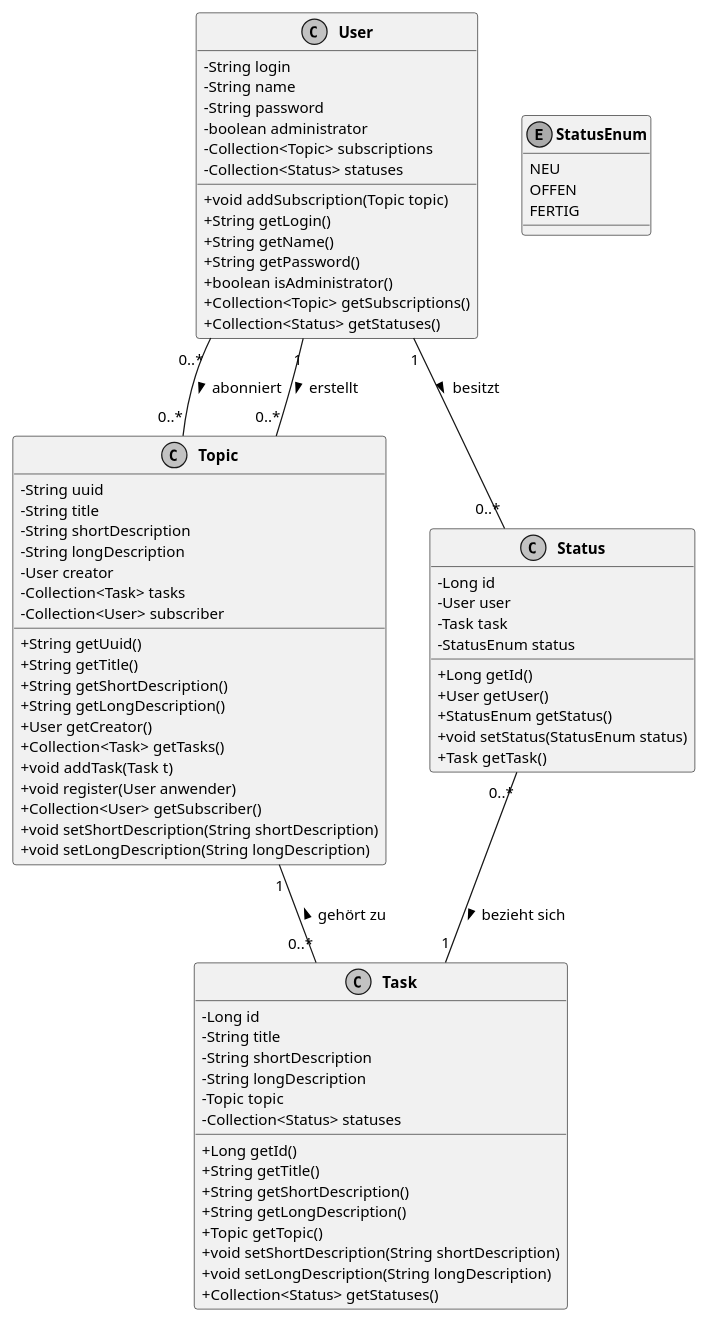
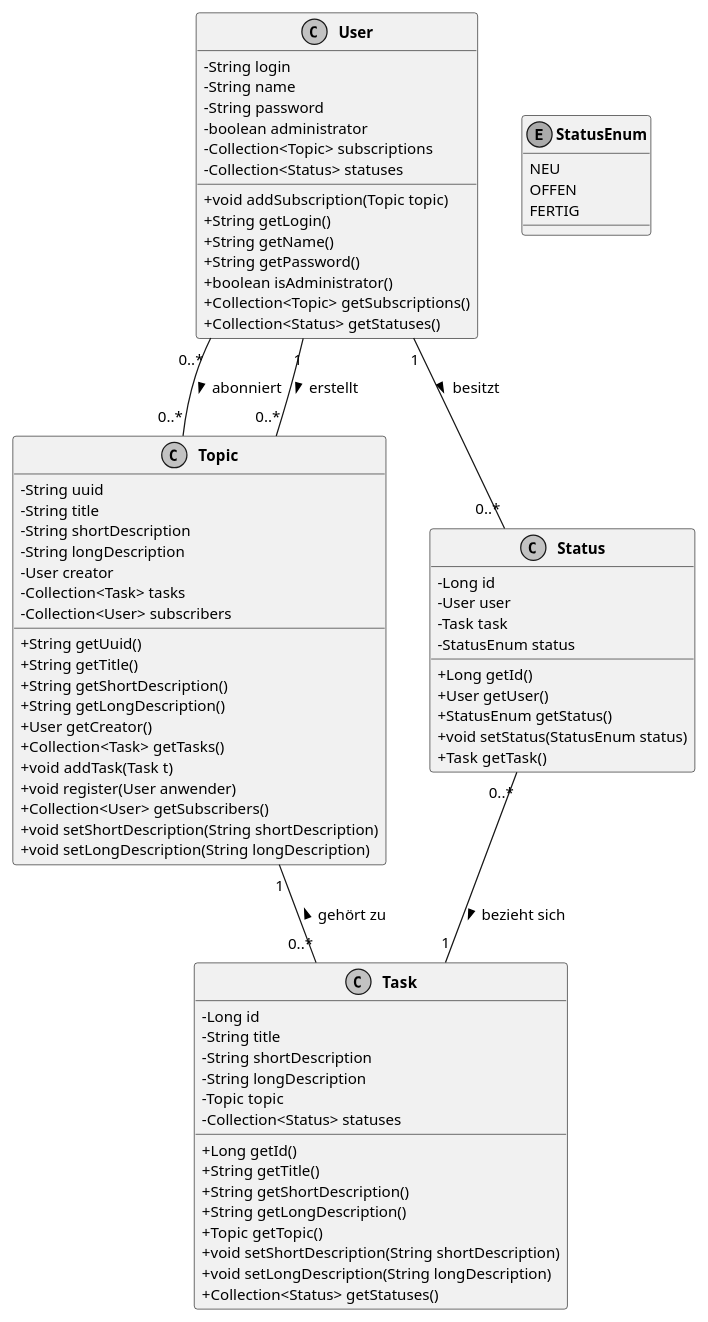
One commit to SimonHirner/agenda20 changed the diagram in doku/Datenmodell.plantuml. Above: the diagram before and after it, drawn with PlantUML. The commit also changed 10 other files, not shown here.

```diff
--- a/doku/Datenmodell.plantuml
+++ b/doku/Datenmodell.plantuml
@@ -1,92 +1,92 @@
 @startuml
 
 ' Layout
 skinparam classAttributeIconSize 0
 skinparam monochrome true
 skinparam shadowing false
 skinparam DefaultFontName arial
 skinparam DefaultFontSize 12
 skinparam ClassFontStyle bold
 hide empty fields
 
 ' Assoziationen
 User "0..*" -- "0..*" Topic : > abonniert
 User "1" -- "0..*" Topic : > erstellt
 User "1" -- "0..*" Status : > besitzt
 Topic "1" -- "0..*" Task : < gehört zu
 Status "0..*" -- "1" Task : > bezieht sich
 
 ' Klassen
 class Status [[java:edu.hm.cs.katz.swt2.agenda.persistence.Status]] {
 	-Long id
 	-User user
 	-Task task
 	-StatusEnum status
 	+Long getId()
 	+User getUser()
 	+StatusEnum getStatus()
 	+void setStatus(StatusEnum status)
 	+Task getTask()
 }
 
 class Task [[java:edu.hm.cs.katz.swt2.agenda.persistence.Task]] {
 	-Long id
 	-String title
 	-String shortDescription
 	-String longDescription
 	-Topic topic
 	-Collection<Status> statuses
 	+Long getId()
 	+String getTitle()
 	+String getShortDescription()
 	+String getLongDescription()
 	+Topic getTopic()
 	+void setShortDescription(String shortDescription)
 	+void setLongDescription(String longDescription)
 	+Collection<Status> getStatuses()
 }
 
 class User [[java:edu.hm.cs.katz.swt2.agenda.persistence.User]] {
 	-String login
 	-String name
 	-String password
 	-boolean administrator
 	-Collection<Topic> subscriptions
 	-Collection<Status> statuses
 	+void addSubscription(Topic topic)
 	+String getLogin()
 	+String getName()
 	+String getPassword()
 	+boolean isAdministrator()
 	+Collection<Topic> getSubscriptions()
 	+Collection<Status> getStatuses()
 }
 
 class Topic [[java:edu.hm.cs.katz.swt2.agenda.persistence.Topic]] {
 	-String uuid
 	-String title
 	-String shortDescription
 	-String longDescription
 	-User creator
 	-Collection<Task> tasks
-	-Collection<User> subscriber
+	-Collection<User> subscribers
 	+String getUuid()
 	+String getTitle()
 	+String getShortDescription()
 	+String getLongDescription()
 	+User getCreator()
 	+Collection<Task> getTasks()
 	+void addTask(Task t)
 	+void register(User anwender)
-	+Collection<User> getSubscriber()
+	+Collection<User> getSubscribers()
 	+void setShortDescription(String shortDescription)
 	+void setLongDescription(String longDescription)
 }
 
 enum StatusEnum [[java:edu.hm.cs.katz.swt2.agenda.common.StatusEnum]] {
 	NEU
 	OFFEN
 	FERTIG
 }
 
 @enduml
```
